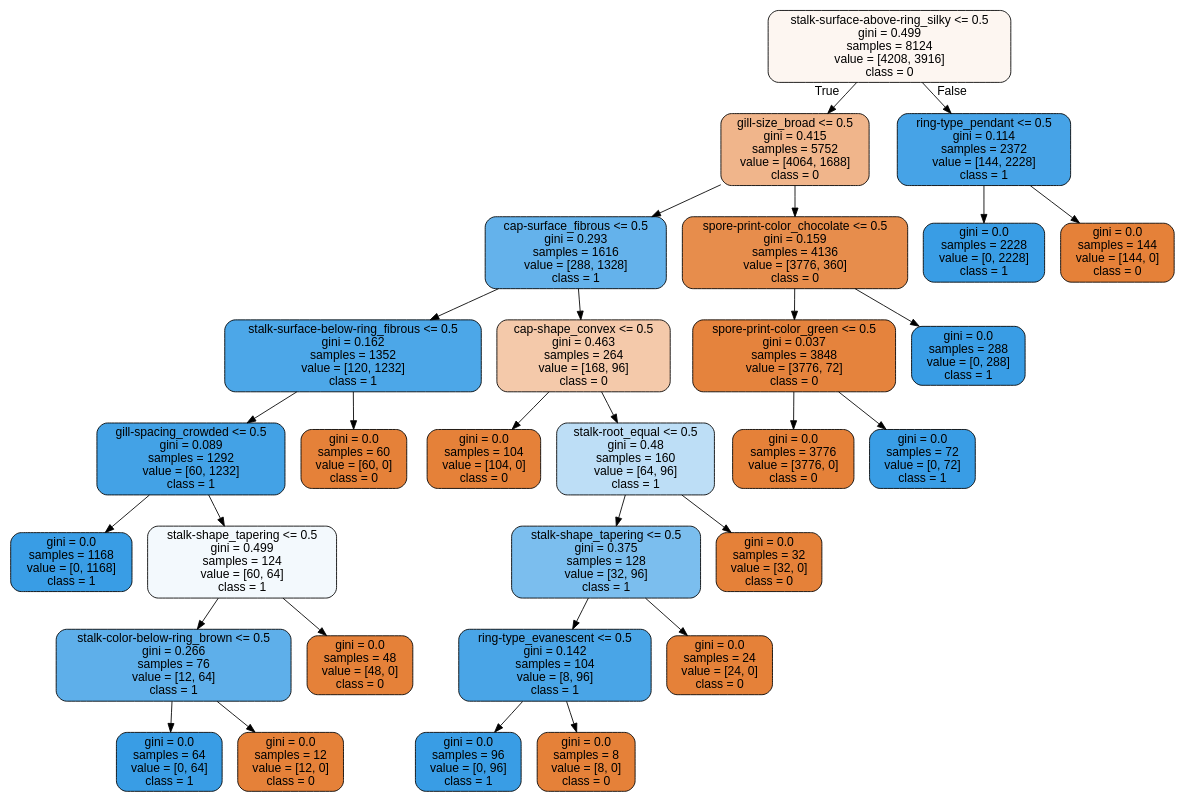
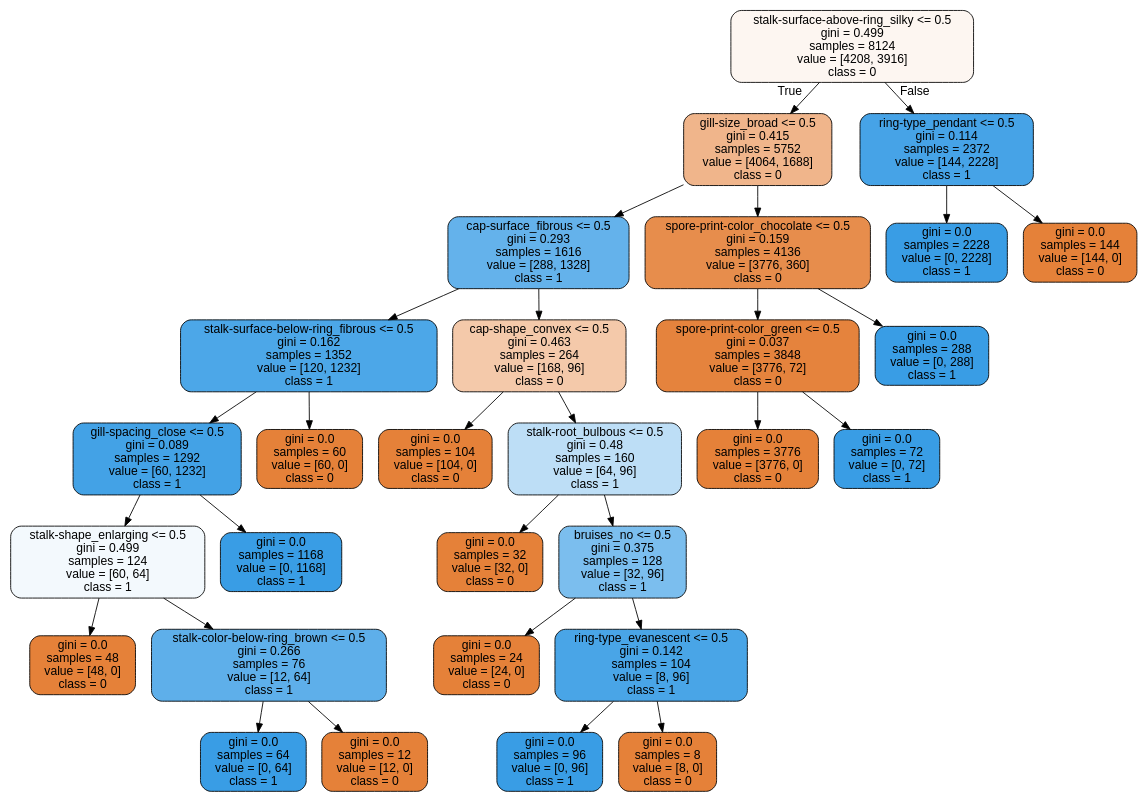
The diagram in Mushroom dataset/Learning_modle_only_used_with_Visualization/Visualization_Poison_recommender.dot (Tharindakarawita/Machine-Learning-Repository), drawn with Graphviz before and after one commit. The commit also changed 3 other files, not shown here.

```diff
--- a/Mushroom dataset/Learning_modle_only_used_with_Visualization/Visualization_Poison_recommender.dot
+++ b/Mushroom dataset/Learning_modle_only_used_with_Visualization/Visualization_Poison_recommender.dot
@@ -1,61 +1,61 @@
 digraph Tree {
 node [shape=box, style="filled, rounded", color="black", fontname="helvetica"] ;
 edge [fontname="helvetica"] ;
 0 [label="stalk-surface-above-ring_silky <= 0.5\ngini = 0.499\nsamples = 8124\nvalue = [4208, 3916]\nclass = 0", fillcolor="#fdf6f1"] ;
 1 [label="gill-size_broad <= 0.5\ngini = 0.415\nsamples = 5752\nvalue = [4064, 1688]\nclass = 0", fillcolor="#f0b58b"] ;
 0 -> 1 [labeldistance=2.5, labelangle=45, headlabel="True"] ;
 2 [label="cap-surface_fibrous <= 0.5\ngini = 0.293\nsamples = 1616\nvalue = [288, 1328]\nclass = 1", fillcolor="#64b2eb"] ;
 1 -> 2 ;
 3 [label="stalk-surface-below-ring_fibrous <= 0.5\ngini = 0.162\nsamples = 1352\nvalue = [120, 1232]\nclass = 1", fillcolor="#4ca7e8"] ;
 2 -> 3 ;
-4 [label="gill-spacing_crowded <= 0.5\ngini = 0.089\nsamples = 1292\nvalue = [60, 1232]\nclass = 1", fillcolor="#43a2e6"] ;
+4 [label="gill-spacing_close <= 0.5\ngini = 0.089\nsamples = 1292\nvalue = [60, 1232]\nclass = 1", fillcolor="#43a2e6"] ;
 3 -> 4 ;
-5 [label="gini = 0.0\nsamples = 1168\nvalue = [0, 1168]\nclass = 1", fillcolor="#399de5"] ;
+5 [label="stalk-shape_enlarging <= 0.5\ngini = 0.499\nsamples = 124\nvalue = [60, 64]\nclass = 1", fillcolor="#f3f9fd"] ;
 4 -> 5 ;
-6 [label="stalk-shape_tapering <= 0.5\ngini = 0.499\nsamples = 124\nvalue = [60, 64]\nclass = 1", fillcolor="#f3f9fd"] ;
-4 -> 6 ;
+6 [label="gini = 0.0\nsamples = 48\nvalue = [48, 0]\nclass = 0", fillcolor="#e58139"] ;
+5 -> 6 ;
 7 [label="stalk-color-below-ring_brown <= 0.5\ngini = 0.266\nsamples = 76\nvalue = [12, 64]\nclass = 1", fillcolor="#5eafea"] ;
-6 -> 7 ;
+5 -> 7 ;
 8 [label="gini = 0.0\nsamples = 64\nvalue = [0, 64]\nclass = 1", fillcolor="#399de5"] ;
 7 -> 8 ;
 9 [label="gini = 0.0\nsamples = 12\nvalue = [12, 0]\nclass = 0", fillcolor="#e58139"] ;
 7 -> 9 ;
-10 [label="gini = 0.0\nsamples = 48\nvalue = [48, 0]\nclass = 0", fillcolor="#e58139"] ;
-6 -> 10 ;
+10 [label="gini = 0.0\nsamples = 1168\nvalue = [0, 1168]\nclass = 1", fillcolor="#399de5"] ;
+4 -> 10 ;
 11 [label="gini = 0.0\nsamples = 60\nvalue = [60, 0]\nclass = 0", fillcolor="#e58139"] ;
 3 -> 11 ;
 12 [label="cap-shape_convex <= 0.5\ngini = 0.463\nsamples = 264\nvalue = [168, 96]\nclass = 0", fillcolor="#f4c9aa"] ;
 2 -> 12 ;
 13 [label="gini = 0.0\nsamples = 104\nvalue = [104, 0]\nclass = 0", fillcolor="#e58139"] ;
 12 -> 13 ;
-14 [label="stalk-root_equal <= 0.5\ngini = 0.48\nsamples = 160\nvalue = [64, 96]\nclass = 1", fillcolor="#bddef6"] ;
+14 [label="stalk-root_bulbous <= 0.5\ngini = 0.48\nsamples = 160\nvalue = [64, 96]\nclass = 1", fillcolor="#bddef6"] ;
 12 -> 14 ;
-15 [label="stalk-shape_tapering <= 0.5\ngini = 0.375\nsamples = 128\nvalue = [32, 96]\nclass = 1", fillcolor="#7bbeee"] ;
+15 [label="gini = 0.0\nsamples = 32\nvalue = [32, 0]\nclass = 0", fillcolor="#e58139"] ;
 14 -> 15 ;
-16 [label="ring-type_evanescent <= 0.5\ngini = 0.142\nsamples = 104\nvalue = [8, 96]\nclass = 1", fillcolor="#49a5e7"] ;
-15 -> 16 ;
-17 [label="gini = 0.0\nsamples = 96\nvalue = [0, 96]\nclass = 1", fillcolor="#399de5"] ;
+16 [label="bruises_no <= 0.5\ngini = 0.375\nsamples = 128\nvalue = [32, 96]\nclass = 1", fillcolor="#7bbeee"] ;
+14 -> 16 ;
+17 [label="gini = 0.0\nsamples = 24\nvalue = [24, 0]\nclass = 0", fillcolor="#e58139"] ;
 16 -> 17 ;
-18 [label="gini = 0.0\nsamples = 8\nvalue = [8, 0]\nclass = 0", fillcolor="#e58139"] ;
+18 [label="ring-type_evanescent <= 0.5\ngini = 0.142\nsamples = 104\nvalue = [8, 96]\nclass = 1", fillcolor="#49a5e7"] ;
 16 -> 18 ;
-19 [label="gini = 0.0\nsamples = 24\nvalue = [24, 0]\nclass = 0", fillcolor="#e58139"] ;
-15 -> 19 ;
-20 [label="gini = 0.0\nsamples = 32\nvalue = [32, 0]\nclass = 0", fillcolor="#e58139"] ;
-14 -> 20 ;
+19 [label="gini = 0.0\nsamples = 96\nvalue = [0, 96]\nclass = 1", fillcolor="#399de5"] ;
+18 -> 19 ;
+20 [label="gini = 0.0\nsamples = 8\nvalue = [8, 0]\nclass = 0", fillcolor="#e58139"] ;
+18 -> 20 ;
 21 [label="spore-print-color_chocolate <= 0.5\ngini = 0.159\nsamples = 4136\nvalue = [3776, 360]\nclass = 0", fillcolor="#e78d4c"] ;
 1 -> 21 ;
 22 [label="spore-print-color_green <= 0.5\ngini = 0.037\nsamples = 3848\nvalue = [3776, 72]\nclass = 0", fillcolor="#e5833d"] ;
 21 -> 22 ;
 23 [label="gini = 0.0\nsamples = 3776\nvalue = [3776, 0]\nclass = 0", fillcolor="#e58139"] ;
 22 -> 23 ;
 24 [label="gini = 0.0\nsamples = 72\nvalue = [0, 72]\nclass = 1", fillcolor="#399de5"] ;
 22 -> 24 ;
 25 [label="gini = 0.0\nsamples = 288\nvalue = [0, 288]\nclass = 1", fillcolor="#399de5"] ;
 21 -> 25 ;
 26 [label="ring-type_pendant <= 0.5\ngini = 0.114\nsamples = 2372\nvalue = [144, 2228]\nclass = 1", fillcolor="#46a3e7"] ;
 0 -> 26 [labeldistance=2.5, labelangle=-45, headlabel="False"] ;
 27 [label="gini = 0.0\nsamples = 2228\nvalue = [0, 2228]\nclass = 1", fillcolor="#399de5"] ;
 26 -> 27 ;
 28 [label="gini = 0.0\nsamples = 144\nvalue = [144, 0]\nclass = 0", fillcolor="#e58139"] ;
 26 -> 28 ;
 }
```
